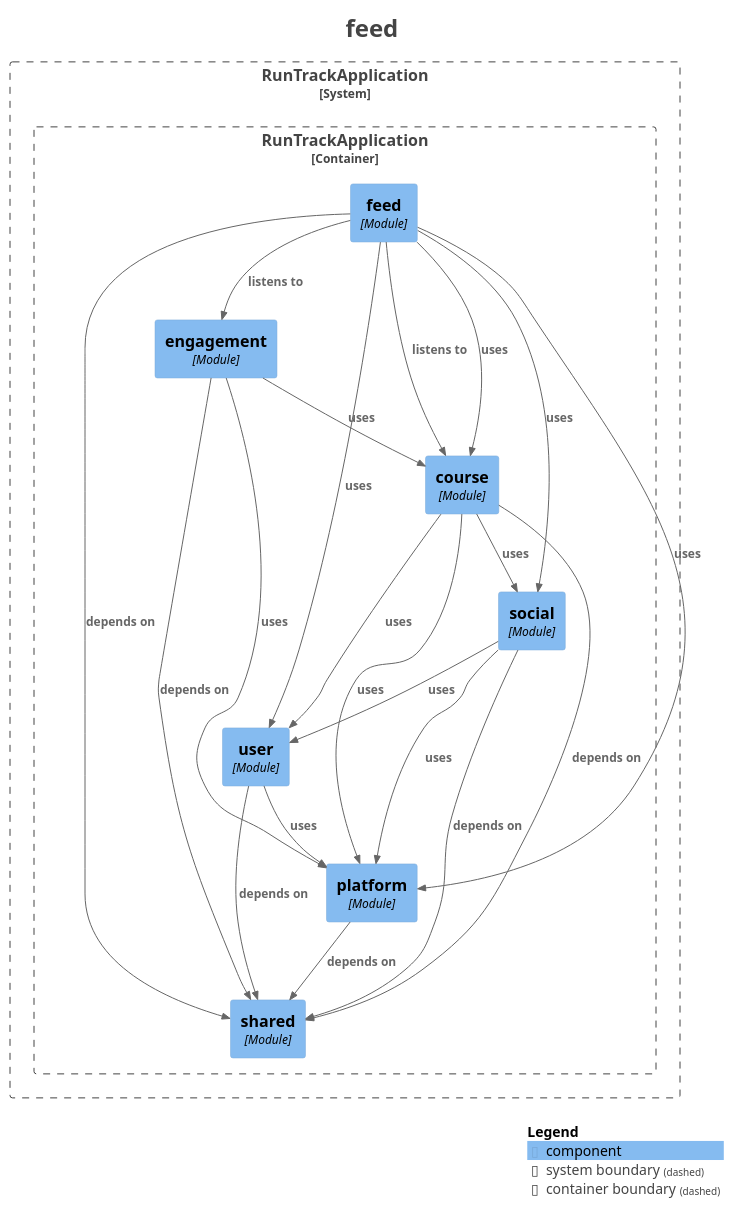
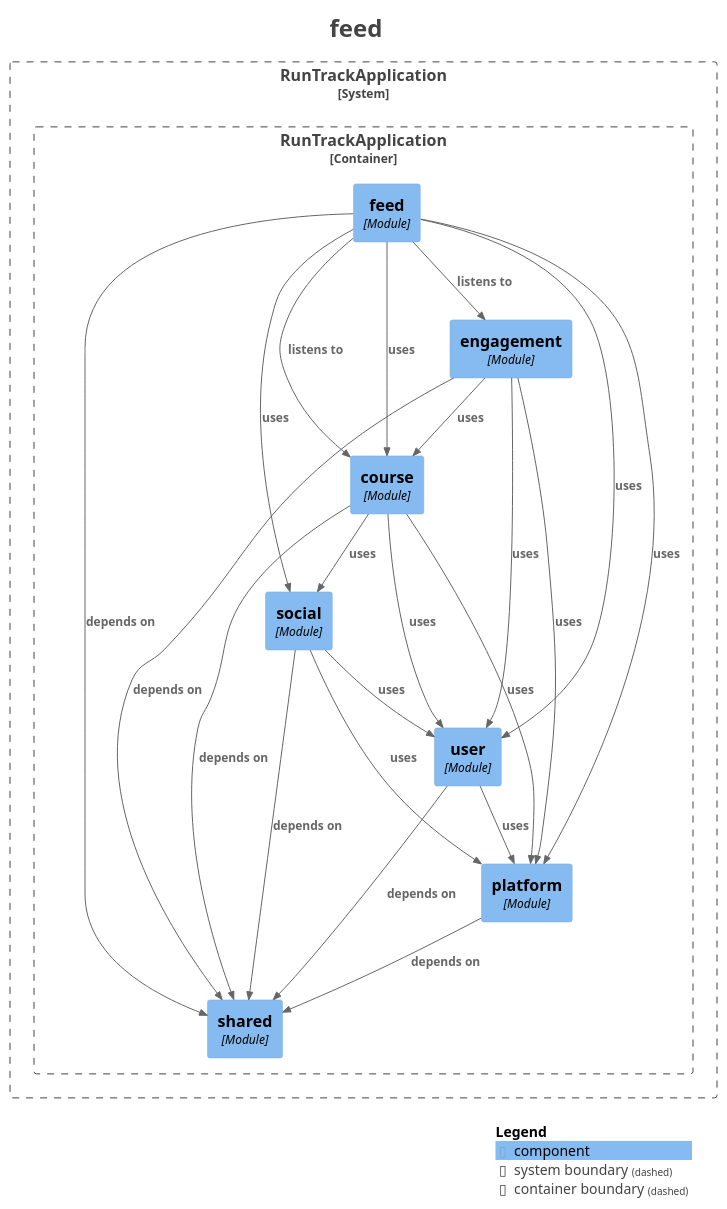
Before and after one commit to ThoRibeiro/runtrack: the diagram in docs/modules/module-feed.puml, drawn with PlantUML. The commit also changed 9 other files, not shown here.

Commit message:
docs: refresh the generated module diagrams

```diff
--- a/docs/modules/module-feed.puml
+++ b/docs/modules/module-feed.puml
@@ -1,54 +1,55 @@
 @startuml
 title <size:24>feed</size>
 
 set separator none
 top to bottom direction
 
 <style>
   root {
     BackgroundColor: #ffffff
     FontColor: #444444
   }
 </style>
 
 !include <C4/C4>
 !include <C4/C4_Context>
 !include <C4/C4_Component>
 
 System_Boundary("RunTrackApplication_boundary", "RunTrackApplication", $tags="") {
   Container_Boundary("RunTrackApplication.RunTrackApplication_boundary", "RunTrackApplication", $tags="") {
     Component(RunTrackApplication.RunTrackApplication.engagement, "engagement", $techn="Module", $descr="", $tags="", $link="")
     Component(RunTrackApplication.RunTrackApplication.feed, "feed", $techn="Module", $descr="", $tags="", $link="")
     Component(RunTrackApplication.RunTrackApplication.shared, "shared", $techn="Module", $descr="", $tags="", $link="")
     Component(RunTrackApplication.RunTrackApplication.platform, "platform", $techn="Module", $descr="", $tags="", $link="")
     Component(RunTrackApplication.RunTrackApplication.user, "user", $techn="Module", $descr="", $tags="", $link="")
     Component(RunTrackApplication.RunTrackApplication.social, "social", $techn="Module", $descr="", $tags="", $link="")
     Component(RunTrackApplication.RunTrackApplication.course, "course", $techn="Module", $descr="", $tags="", $link="")
   }
 
 }
 
-Rel(RunTrackApplication.RunTrackApplication.social, RunTrackApplication.RunTrackApplication.shared, "depends on", $techn="", $tags="", $link="")
-Rel(RunTrackApplication.RunTrackApplication.social, RunTrackApplication.RunTrackApplication.platform, "uses", $techn="", $tags="", $link="")
-Rel(RunTrackApplication.RunTrackApplication.social, RunTrackApplication.RunTrackApplication.user, "uses", $techn="", $tags="", $link="")
-Rel(RunTrackApplication.RunTrackApplication.course, RunTrackApplication.RunTrackApplication.shared, "depends on", $techn="", $tags="", $link="")
-Rel(RunTrackApplication.RunTrackApplication.course, RunTrackApplication.RunTrackApplication.user, "uses", $techn="", $tags="", $link="")
-Rel(RunTrackApplication.RunTrackApplication.course, RunTrackApplication.RunTrackApplication.social, "uses", $techn="", $tags="", $link="")
-Rel(RunTrackApplication.RunTrackApplication.course, RunTrackApplication.RunTrackApplication.platform, "uses", $techn="", $tags="", $link="")
-Rel(RunTrackApplication.RunTrackApplication.engagement, RunTrackApplication.RunTrackApplication.shared, "depends on", $techn="", $tags="", $link="")
-Rel(RunTrackApplication.RunTrackApplication.engagement, RunTrackApplication.RunTrackApplication.platform, "uses", $techn="", $tags="", $link="")
-Rel(RunTrackApplication.RunTrackApplication.engagement, RunTrackApplication.RunTrackApplication.course, "uses", $techn="", $tags="", $link="")
-Rel(RunTrackApplication.RunTrackApplication.user, RunTrackApplication.RunTrackApplication.shared, "depends on", $techn="", $tags="", $link="")
-Rel(RunTrackApplication.RunTrackApplication.user, RunTrackApplication.RunTrackApplication.platform, "uses", $techn="", $tags="", $link="")
-Rel(RunTrackApplication.RunTrackApplication.platform, RunTrackApplication.RunTrackApplication.shared, "depends on", $techn="", $tags="", $link="")
 Rel(RunTrackApplication.RunTrackApplication.feed, RunTrackApplication.RunTrackApplication.course, "listens to", $techn="", $tags="", $link="")
 Rel(RunTrackApplication.RunTrackApplication.feed, RunTrackApplication.RunTrackApplication.engagement, "listens to", $techn="", $tags="", $link="")
 Rel(RunTrackApplication.RunTrackApplication.feed, RunTrackApplication.RunTrackApplication.shared, "depends on", $techn="", $tags="", $link="")
 Rel(RunTrackApplication.RunTrackApplication.feed, RunTrackApplication.RunTrackApplication.platform, "uses", $techn="", $tags="", $link="")
 Rel(RunTrackApplication.RunTrackApplication.feed, RunTrackApplication.RunTrackApplication.course, "uses", $techn="", $tags="", $link="")
 Rel(RunTrackApplication.RunTrackApplication.feed, RunTrackApplication.RunTrackApplication.social, "uses", $techn="", $tags="", $link="")
 Rel(RunTrackApplication.RunTrackApplication.feed, RunTrackApplication.RunTrackApplication.user, "uses", $techn="", $tags="", $link="")
+Rel(RunTrackApplication.RunTrackApplication.course, RunTrackApplication.RunTrackApplication.shared, "depends on", $techn="", $tags="", $link="")
+Rel(RunTrackApplication.RunTrackApplication.course, RunTrackApplication.RunTrackApplication.user, "uses", $techn="", $tags="", $link="")
+Rel(RunTrackApplication.RunTrackApplication.course, RunTrackApplication.RunTrackApplication.social, "uses", $techn="", $tags="", $link="")
+Rel(RunTrackApplication.RunTrackApplication.course, RunTrackApplication.RunTrackApplication.platform, "uses", $techn="", $tags="", $link="")
+Rel(RunTrackApplication.RunTrackApplication.user, RunTrackApplication.RunTrackApplication.shared, "depends on", $techn="", $tags="", $link="")
+Rel(RunTrackApplication.RunTrackApplication.user, RunTrackApplication.RunTrackApplication.platform, "uses", $techn="", $tags="", $link="")
+Rel(RunTrackApplication.RunTrackApplication.engagement, RunTrackApplication.RunTrackApplication.shared, "depends on", $techn="", $tags="", $link="")
+Rel(RunTrackApplication.RunTrackApplication.engagement, RunTrackApplication.RunTrackApplication.platform, "uses", $techn="", $tags="", $link="")
+Rel(RunTrackApplication.RunTrackApplication.engagement, RunTrackApplication.RunTrackApplication.user, "uses", $techn="", $tags="", $link="")
+Rel(RunTrackApplication.RunTrackApplication.engagement, RunTrackApplication.RunTrackApplication.course, "uses", $techn="", $tags="", $link="")
+Rel(RunTrackApplication.RunTrackApplication.platform, RunTrackApplication.RunTrackApplication.shared, "depends on", $techn="", $tags="", $link="")
+Rel(RunTrackApplication.RunTrackApplication.social, RunTrackApplication.RunTrackApplication.shared, "depends on", $techn="", $tags="", $link="")
+Rel(RunTrackApplication.RunTrackApplication.social, RunTrackApplication.RunTrackApplication.platform, "uses", $techn="", $tags="", $link="")
+Rel(RunTrackApplication.RunTrackApplication.social, RunTrackApplication.RunTrackApplication.user, "uses", $techn="", $tags="", $link="")
 
 SHOW_LEGEND(true)
 hide stereotypes
 @enduml
```
